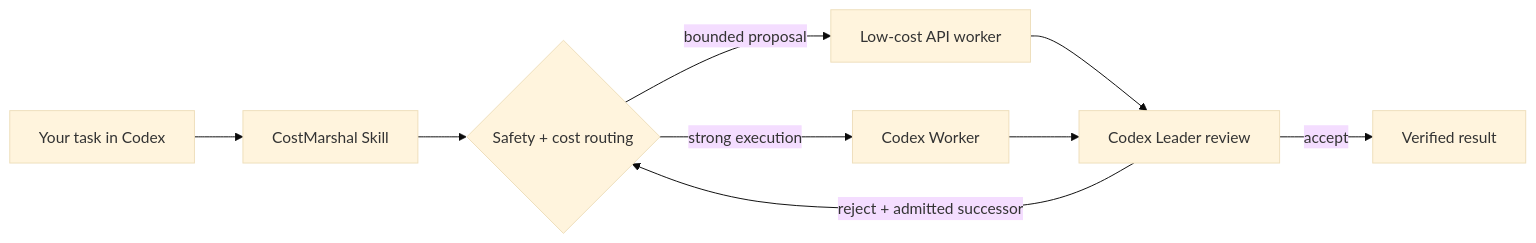
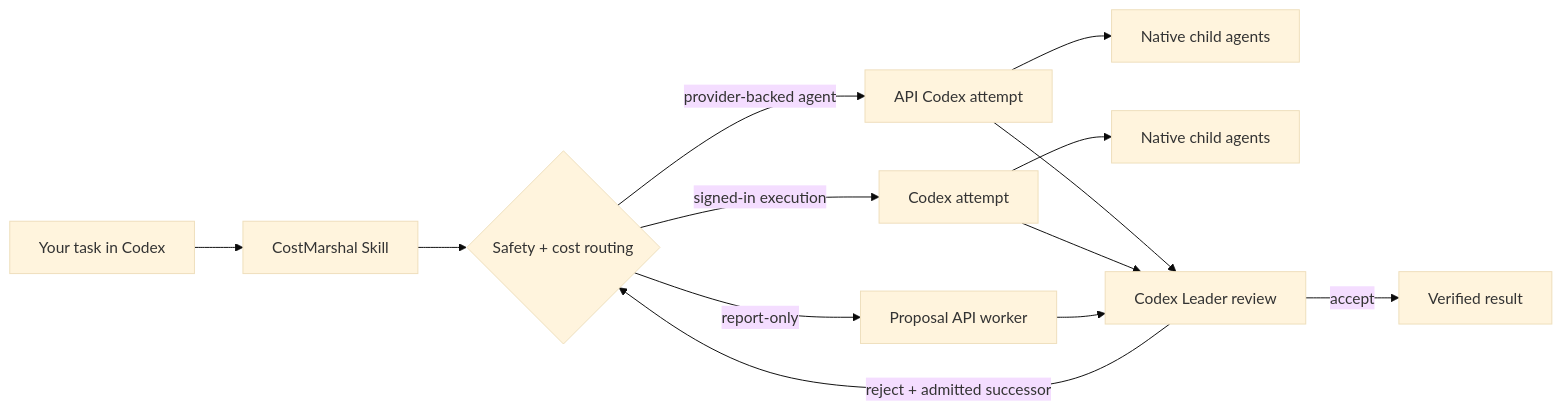
One commit to yptang98/CostMarshal changed the diagram in README.md. Above: the diagram before and after it, drawn with Mermaid (base theme). The commit also changed other lines of this file and 59 other files, not shown here.

First line of the commit message:
feat: user-configurable leader and expert-only Codex tier

````diff
--- a/README.md
+++ b/README.md
@@ -99,11 +99,15 @@
 ```mermaid
 flowchart LR
     A[Your task in Codex] --> B[CostMarshal Skill]
     B --> C{Safety + cost routing}
-    C -->|bounded proposal| D[Low-cost API worker]
-    C -->|strong execution| E[Codex Worker]
+    C -->|provider-backed agent| D[API Codex attempt]
+    C -->|signed-in execution| E[Codex attempt]
+    C -->|report-only| J[Proposal API worker]
+    D --> H[Native child agents]
+    E --> I[Native child agents]
     D --> F[Codex Leader review]
     E --> F
+    J --> F
     F -->|accept| G[Verified result]
     F -->|reject + admitted successor| C
 ```
````
